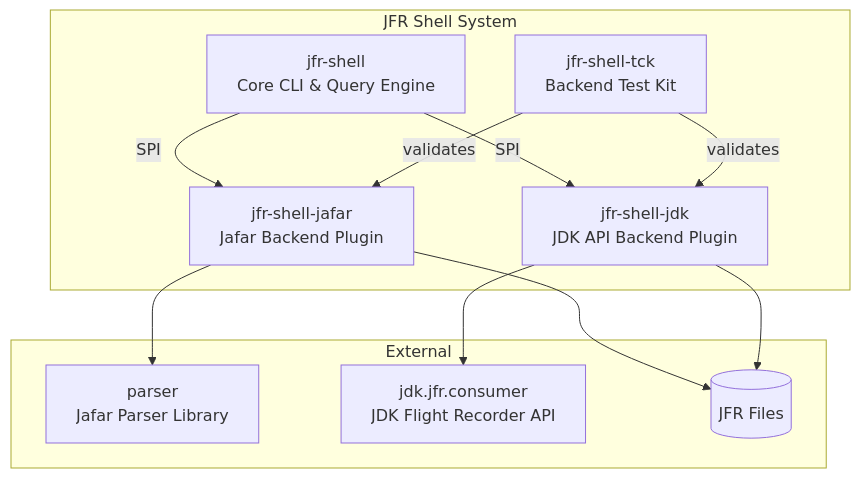
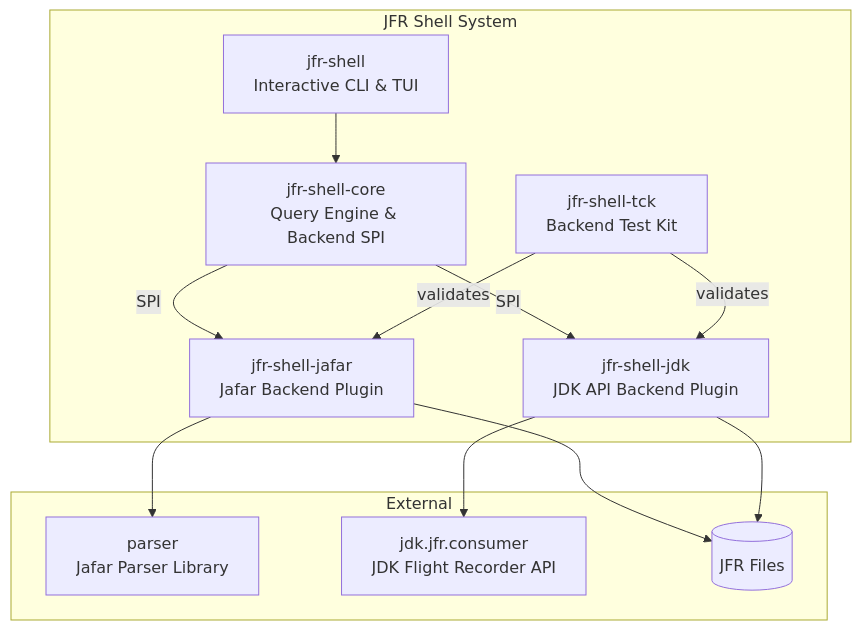
One commit to btraceio/jafar changed the first of 10 diagrams in doc/cli/Architecture.md. Above: the diagram before and after it, drawn with Mermaid. The commit also changed other lines of this file and 92 other files, not shown here.

Commit message:
TamboUI TUI, module extraction, and shell improvements (#83)

````diff
--- a/doc/cli/Architecture.md
+++ b/doc/cli/Architecture.md
@@ -9,24 +9,26 @@
 ```mermaid
 graph TB
     subgraph "JFR Shell System"
-        CLI[jfr-shell<br/>Core CLI & Query Engine]
+        CORE[jfr-shell-core<br/>Query Engine & Backend SPI]
+        CLI[jfr-shell<br/>Interactive CLI & TUI]
         JAFAR[jfr-shell-jafar<br/>Jafar Backend Plugin]
         JDK[jfr-shell-jdk<br/>JDK API Backend Plugin]
         TCK[jfr-shell-tck<br/>Backend Test Kit]
     end
 
     subgraph "External"
         PARSER[parser<br/>Jafar Parser Library]
         JDKAPI[jdk.jfr.consumer<br/>JDK Flight Recorder API]
         JFR[(JFR Files)]
     end
 
-    CLI -->|SPI| JAFAR
-    CLI -->|SPI| JDK
+    CLI --> CORE
+    CORE -->|SPI| JAFAR
+    CORE -->|SPI| JDK
     TCK -->|validates| JAFAR
     TCK -->|validates| JDK
     JAFAR --> PARSER
     JDK --> JDKAPI
     JAFAR --> JFR
     JDK --> JFR
 ```
````
